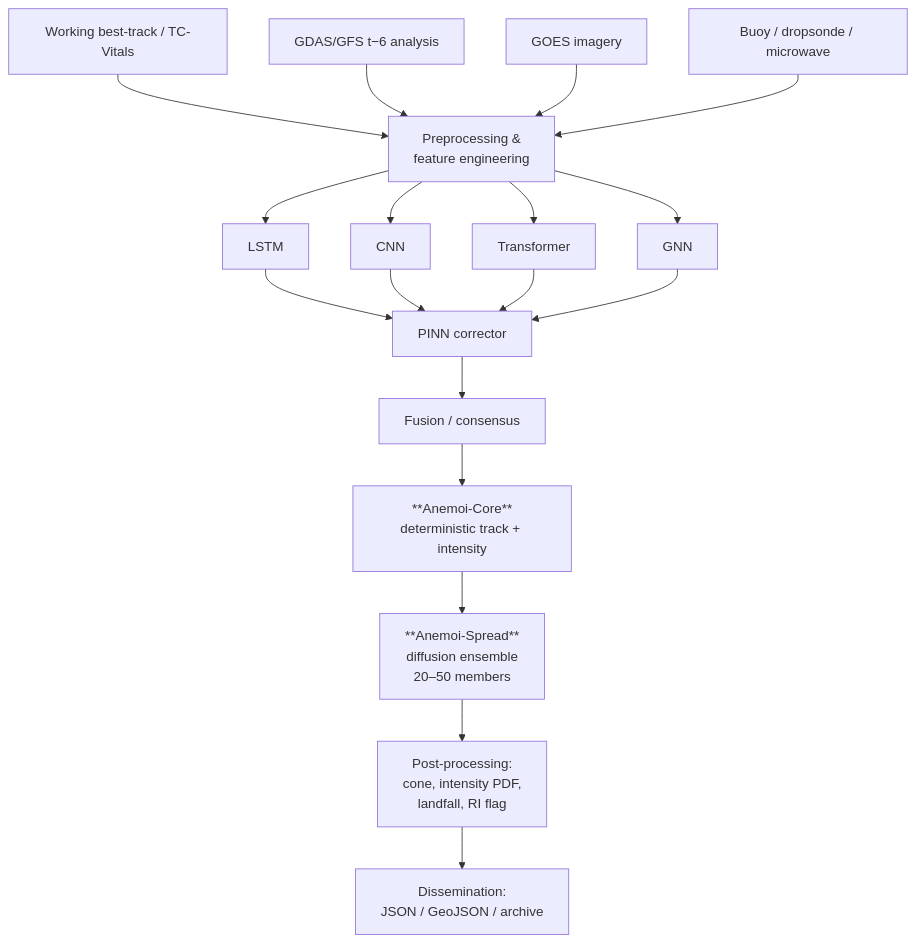
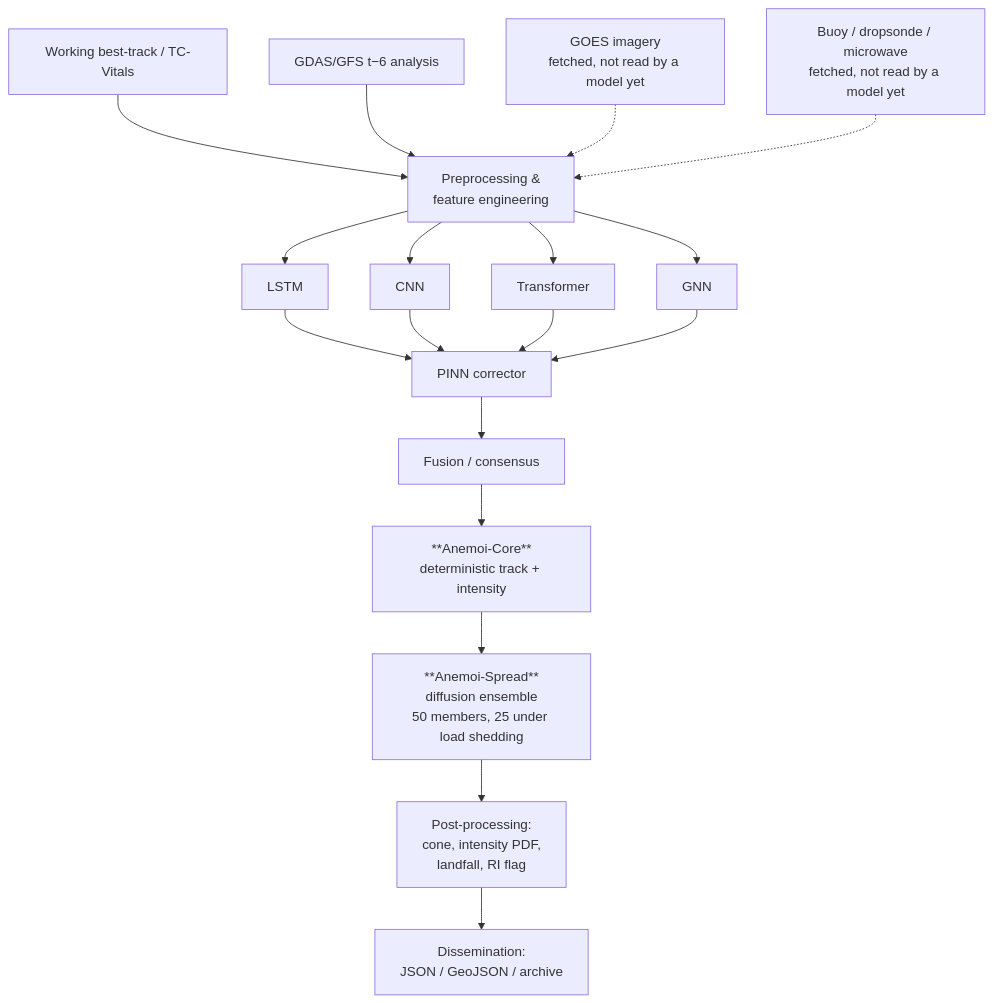
One commit to jasonkolodziej/anemoi changed the diagram in wiki/Home.md. Above: the diagram before and after it, drawn with Mermaid. The commit also changed other lines of this file and 8 other files, not shown here.

````diff
--- a/wiki/Home.md
+++ b/wiki/Home.md
@@ -49,20 +49,20 @@
 ```mermaid
 flowchart TD
     A[Working best-track / TC-Vitals] --> F
     B[GDAS/GFS t−6 analysis] --> F
-    C[GOES imagery] --> F
-    D[Buoy / dropsonde / microwave] --> F
+    C[GOES imagery<br/>fetched, not read by a model yet] -.-> F
+    D[Buoy / dropsonde / microwave<br/>fetched, not read by a model yet] -.-> F
     F[Preprocessing &<br/>feature engineering] --> G1[LSTM]
     F --> G2[CNN]
     F --> G3[Transformer]
     F --> G4[GNN]
     G1 --> P[PINN corrector]
     G2 --> P
     G3 --> P
     G4 --> P
     P --> FU[Fusion / consensus]
     FU --> AE[**Anemoi-Core**<br/>deterministic track + intensity]
-    AE --> ME[**Anemoi-Spread**<br/>diffusion ensemble<br/>20–50 members]
+    AE --> ME[**Anemoi-Spread**<br/>diffusion ensemble<br/>50 members, 25 under load shedding]
     ME --> PP[Post-processing:<br/>cone, intensity PDF,<br/>landfall, RI flag]
     PP --> OUT[Dissemination:<br/>JSON / GeoJSON / archive]
 ```
````
